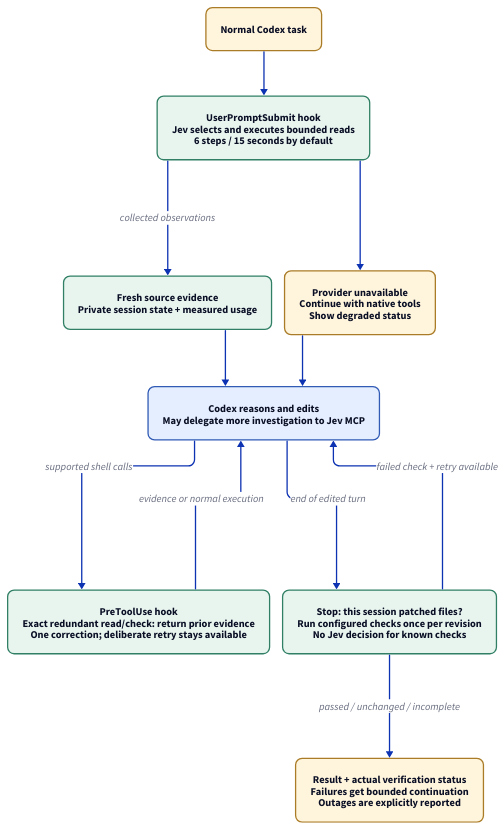
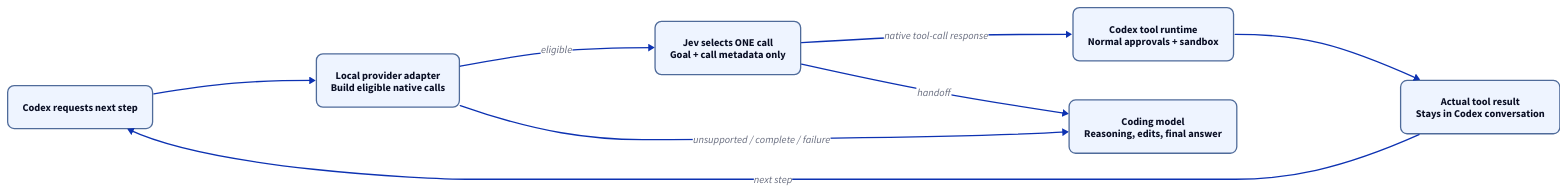
Before and after one commit to micic-mihajlo/jev-tool-runner: the diagram in docs/diagrams/architecture.d2, drawn with D2. The commit also changed 17 other files, not shown here.

Commit message:
Route native Codex tool calls through Jev before model inference

```diff
--- a/docs/diagrams/architecture.d2
+++ b/docs/diagrams/architecture.d2
@@ -1,25 +1,23 @@
-direction: down
-vars: {d2-config: {layout-engine: elk; theme-id: 0}}
+direction: right
 classes: {
-  hook: {style: {fill: "#E8F5EF"; stroke: "#318065"; border-radius: 10}}
-  model: {style: {fill: "#E5EEFF"; stroke: "#315BB5"; border-radius: 10}}
-  result: {style: {fill: "#FFF4DC"; stroke: "#AB7C27"; border-radius: 10}}
+  box: {
+    style: {
+      border-radius: 10
+      fill: "#eef4ff"
+      stroke: "#4f6b9a"
+    }
+  }
 }
-prompt: "Normal Codex task" {class: result}
-pre: "UserPromptSubmit hook\nJev selects and executes bounded reads\n6 steps / 15 seconds by default" {class: hook}
-fallback: "Provider unavailable\nContinue with native tools\nShow degraded status" {class: result}
-evidence: "Fresh source evidence\nPrivate session state + measured usage" {class: hook}
-codex: "Codex reasons and edits\nMay delegate more investigation to Jev MCP" {class: model}
-guard: "PreToolUse hook\nExact redundant read/check: return prior evidence\nOne correction; deliberate retry stays available" {class: hook}
-stop: "Stop: this session patched files?\nRun configured checks once per revision\nNo Jev decision for known checks" {class: hook}
-done: "Result + actual verification status\nFailures get bounded continuation\nOutages are explicitly reported" {class: result}
-prompt -> pre
-pre -> evidence: collected observations
-evidence -> codex
-pre -> fallback
-fallback -> codex
-codex -> guard: supported shell calls
-guard -> codex: evidence or normal execution
-codex -> stop: end of edited turn
-stop -> codex: failed check + retry available
-stop -> done: passed / unchanged / incomplete
+request: "Codex requests next step" { class: box }
+router: "Local provider adapter\nBuild eligible native calls" { class: box }
+jev: "Jev selects ONE call\nGoal + call metadata only" { class: box }
+runtime: "Codex tool runtime\nNormal approvals + sandbox" { class: box }
+result: "Actual tool result\nStays in Codex conversation" { class: box }
+model: "Coding model\nReasoning, edits, final answer" { class: box }
+request -> router
+router -> jev: eligible
+jev -> runtime: native tool-call response
+runtime -> result
+result -> request: next step
+router -> model: unsupported / complete / failure
+jev -> model: handoff
```
